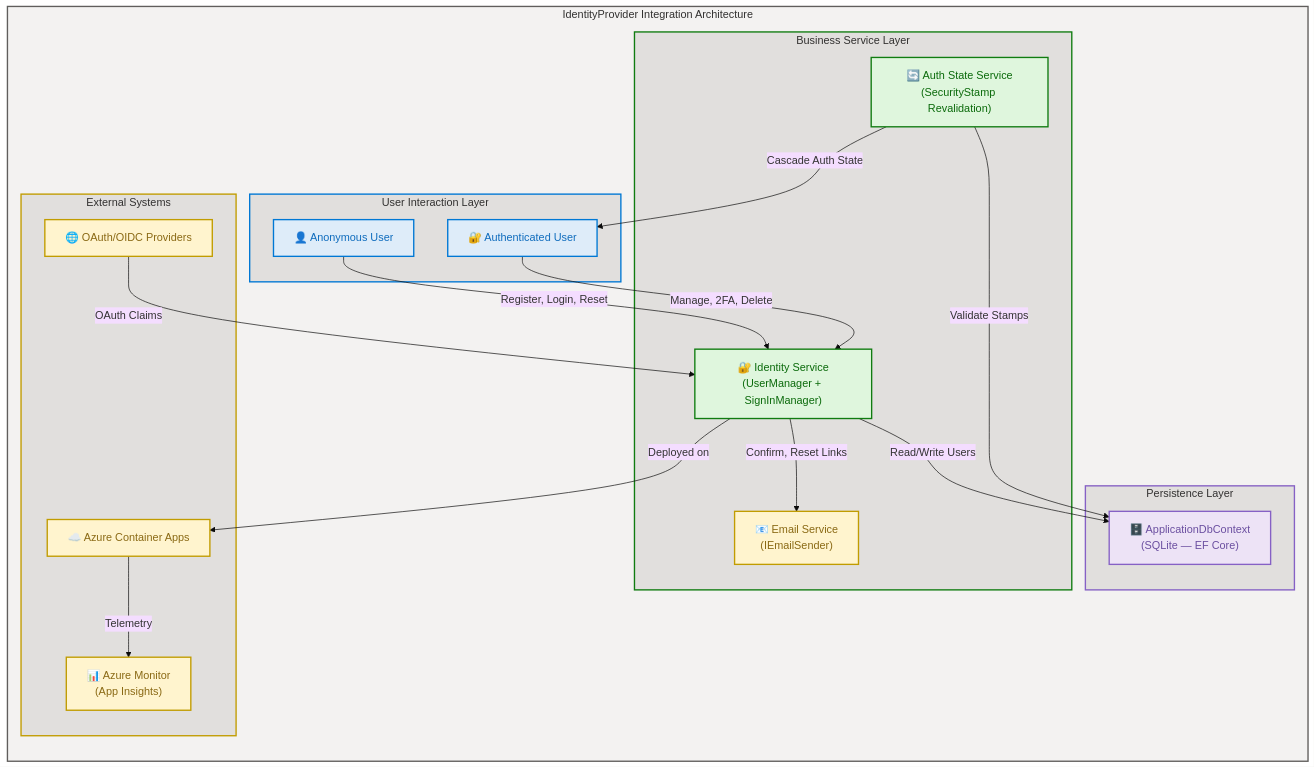
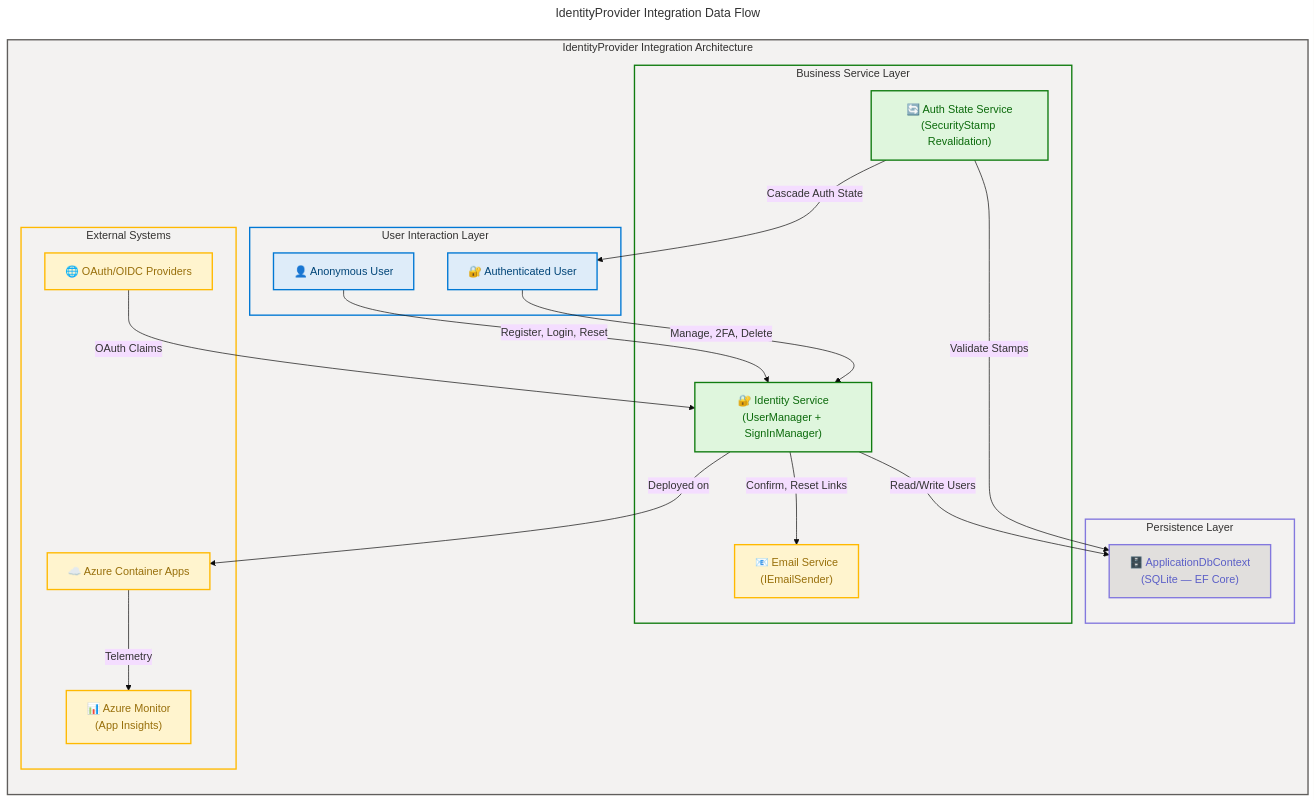
One commit to Evilazaro/IdentityProvider changed the tenth of 11 diagrams in docs/architecture/business-architecture.md. Above: the diagram before and after it, drawn with Mermaid.

Commit message:
Add IdentityProvider Integration Data Flow diagram with enhanced semantic structure, accessibility features, and styling for improved clarity in business architecture documentation

````diff
--- a/docs/architecture/business-architecture.md
+++ b/docs/architecture/business-architecture.md
@@ -1223,61 +1223,78 @@
 ```mermaid
 ---
+title: IdentityProvider Integration Data Flow
 config:
   theme: base
   look: classic
   layout: dagre
   themeVariables:
     fontSize: '16px'
+  flowchart:
+    htmlLabels: true
 ---
 flowchart LR
     accTitle: IdentityProvider Integration Data Flow
     accDescr: Shows data flow between user interactions, business services, persistence layer, and external systems
+
+    %% ═══════════════════════════════════════════════════════════════
+    %% AZURE / FLUENT ARCHITECTURE PATTERN v1.1
+    %% Semantic + Structural + Font + Accessibility Governance
+    %% ═══════════════════════════════════════════════════════════════
+    %% PHASE 1 — STRUCTURAL: Direction explicit, nesting ≤ 3
+    %% PHASE 2 — SEMANTIC: Max 5 classes, neutral-first
+    %% PHASE 3 — FONT: Dark text on light backgrounds ≥ 4.5:1
+    %% PHASE 4 — ACCESSIBILITY: accTitle + accDescr + icons on all nodes
+    %% PHASE 5 — STANDARD: Governance block + classDefs centralized
+    %% ═══════════════════════════════════════════════════════════════
 
     subgraph main["IdentityProvider Integration Architecture"]
         subgraph userLayer["User Interaction Layer"]
             U1["👤 Anonymous User"]
             U2["🔐 Authenticated User"]
         end
 
         subgraph businessLayer["Business Service Layer"]
             S1["🔐 Identity Service<br/>(UserManager + SignInManager)"]
             S2["📧 Email Service<br/>(IEmailSender)"]
             S3["🔄 Auth State Service<br/>(SecurityStamp Revalidation)"]
         end
 
         subgraph dataLayer["Persistence Layer"]
             D1["🗄️ ApplicationDbContext<br/>(SQLite — EF Core)"]
         end
 
         subgraph externalLayer["External Systems"]
             E1["🌐 OAuth/OIDC Providers"]
             E2["☁️ Azure Container Apps"]
             E3["📊 Azure Monitor<br/>(App Insights)"]
         end
     end
 
     U1 -->|Register, Login, Reset| S1
     U2 -->|Manage, 2FA, Delete| S1
     S1 -->|Confirm, Reset Links| S2
     S1 -->|Read/Write Users| D1
     S3 -->|Validate Stamps| D1
     S3 -->|Cascade Auth State| U2
     E1 -->|OAuth Claims| S1
     S1 -->|Deployed on| E2
     E2 -->|Telemetry| E3
 
+    %% Semantic classDefs
+    classDef core fill:#DEECF9,stroke:#0078D4,stroke-width:2px,color:#004578
+    classDef success fill:#DFF6DD,stroke:#107C10,stroke-width:2px,color:#0B6A0B
+    classDef warning fill:#FFF4CE,stroke:#FFB900,stroke-width:2px,color:#986F0B
+    classDef data fill:#E1DFDD,stroke:#8378DE,stroke-width:2px,color:#5B5FC7
+
+    class U1,U2 core
+    class S1,S3 success
+    class S2,E1,E2,E3 warning
+    class D1 data
+
+    %% Subgraph styling
     style main fill:#F3F2F1,stroke:#605E5C,stroke-width:2px,color:#323130
-    style userLayer fill:#E1DFDD,stroke:#0078D4,stroke-width:2px,color:#323130
-    style businessLayer fill:#E1DFDD,stroke:#107C10,stroke-width:2px,color:#323130
-    style dataLayer fill:#E1DFDD,stroke:#8661C5,stroke-width:2px,color:#323130
-    style externalLayer fill:#E1DFDD,stroke:#C19C00,stroke-width:2px,color:#323130
-    style U1 fill:#DEECF9,stroke:#0078D4,stroke-width:2px,color:#0F6CBD
-    style U2 fill:#DEECF9,stroke:#0078D4,stroke-width:2px,color:#0F6CBD
-    style S1 fill:#DFF6DD,stroke:#107C10,stroke-width:2px,color:#0B6A0B
-    style S2 fill:#FFF4CE,stroke:#C19C00,stroke-width:2px,color:#8A6914
-    style S3 fill:#DFF6DD,stroke:#107C10,stroke-width:2px,color:#0B6A0B
-    style D1 fill:#EDE3F6,stroke:#8661C5,stroke-width:2px,color:#6B4FA0
-    style E1 fill:#FFF4CE,stroke:#C19C00,stroke-width:2px,color:#8A6914
-    style E2 fill:#FFF4CE,stroke:#C19C00,stroke-width:2px,color:#8A6914
-    style E3 fill:#FFF4CE,stroke:#C19C00,stroke-width:2px,color:#8A6914
+    style userLayer fill:#F3F2F1,stroke:#0078D4,stroke-width:2px,color:#323130
+    style businessLayer fill:#F3F2F1,stroke:#107C10,stroke-width:2px,color:#323130
+    style dataLayer fill:#F3F2F1,stroke:#8378DE,stroke-width:2px,color:#323130
+    style externalLayer fill:#F3F2F1,stroke:#FFB900,stroke-width:2px,color:#323130
 ```
````
